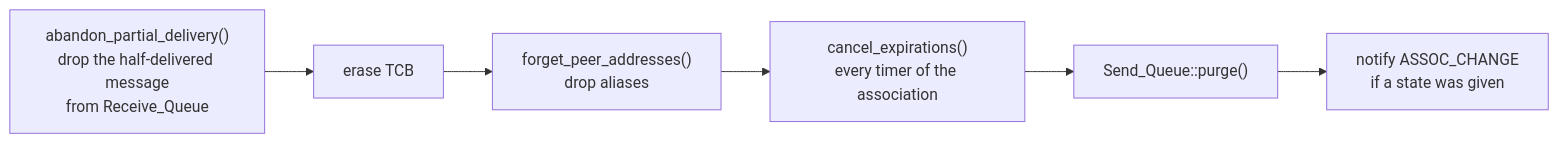
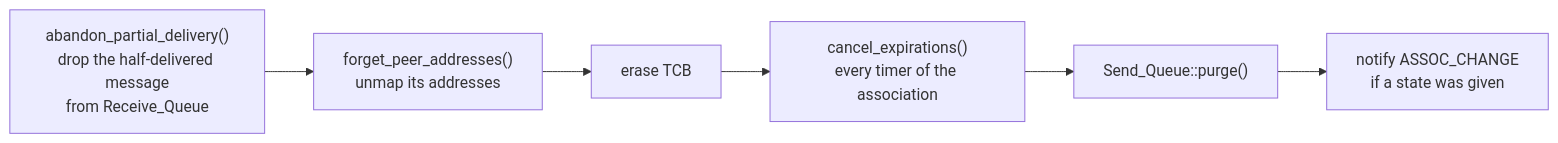
Diagram 11 of 11 in docs/devs/03-association-lifecycle.md (ethanallenfernandez/sctp-stack), drawn with Mermaid before and after one commit. The commit also changed other lines of this file and 42 other files, not shown here.

````diff
--- a/docs/devs/03-association-lifecycle.md
+++ b/docs/devs/03-association-lifecycle.md
@@ -402,4 +402,4 @@
 ```mermaid
 flowchart LR
-    a["abandon_partial_delivery()<br/>drop the half-delivered message<br/>from Receive_Queue"] --> b["erase TCB"] --> c["forget_peer_addresses()<br/>drop aliases"] --> d["cancel_expirations()<br/>every timer of the association"] --> e["Send_Queue::purge()"] --> f["notify ASSOC_CHANGE<br/>if a state was given"]
+    a["abandon_partial_delivery()<br/>drop the half-delivered message<br/>from Receive_Queue"] --> c["forget_peer_addresses()<br/>unmap its addresses"] --> b["erase TCB"] --> d["cancel_expirations()<br/>every timer of the association"] --> e["Send_Queue::purge()"] --> f["notify ASSOC_CHANGE<br/>if a state was given"]
 ```
````
